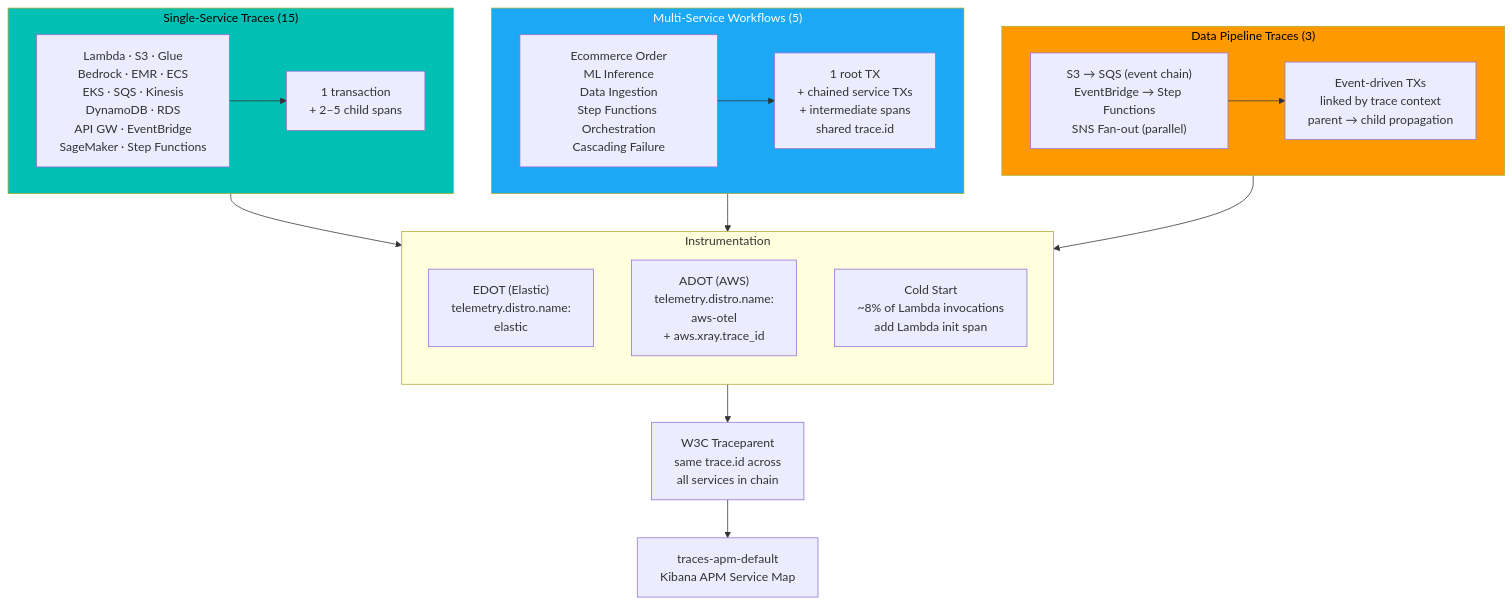
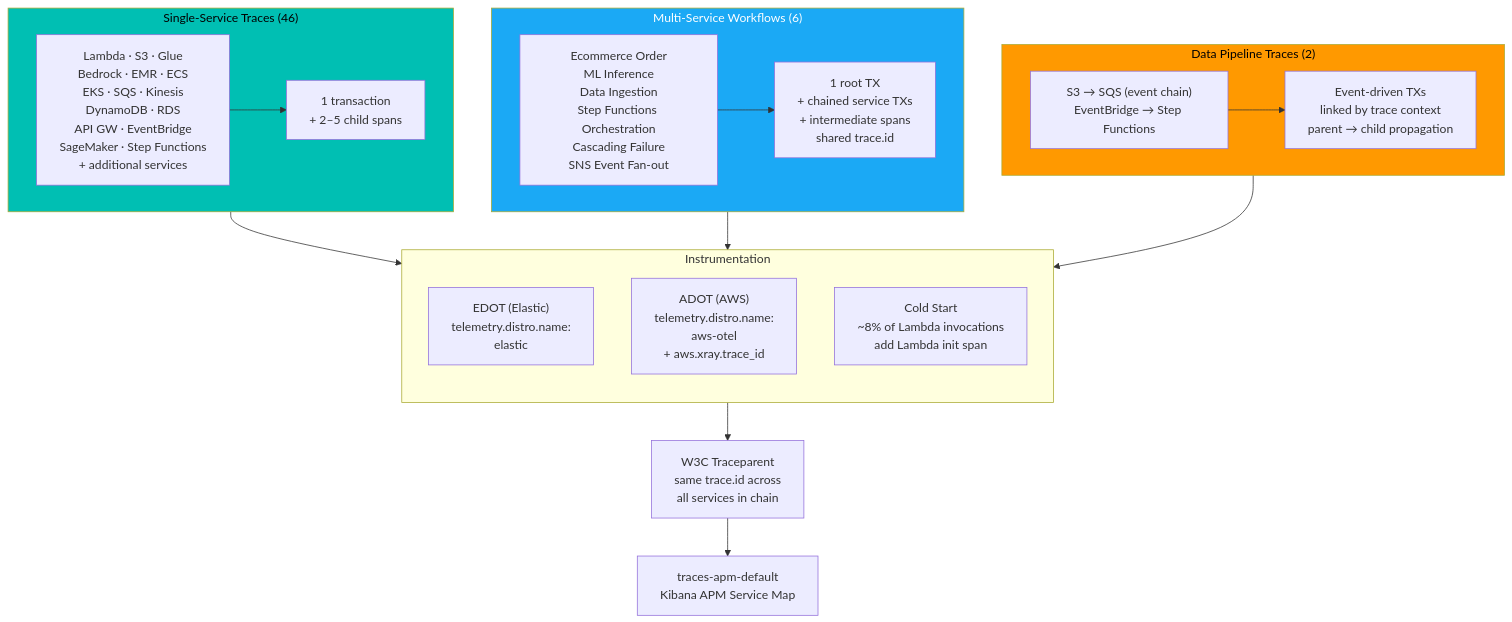
Before and after one commit to rkernutt/cloud-to-elastic-load-generator: the ninth of 14 diagrams in docs/diagrams.md, drawn with Mermaid. The commit also changed other lines of this file and 13 other files, not shown here.

````diff
--- a/docs/diagrams.md
+++ b/docs/diagrams.md
@@ -561,39 +563,39 @@
 ```mermaid
 flowchart TD
-    subgraph SINGLE["Single-Service Traces (15)"]
+    subgraph SINGLE["Single-Service Traces (46)"]
         direction LR
-        SS["Lambda · S3 · Glue\nBedrock · EMR · ECS\nEKS · SQS · Kinesis\nDynamoDB · RDS\nAPI GW · EventBridge\nSageMaker · Step Functions"]
+        SS["Lambda · S3 · Glue\nBedrock · EMR · ECS\nEKS · SQS · Kinesis\nDynamoDB · RDS\nAPI GW · EventBridge\nSageMaker · Step Functions\n+ additional services"]
         SS_OUT["1 transaction\n+ 2–5 child spans"]
         SS --> SS_OUT
     end
 
-    subgraph WORKFLOW["Multi-Service Workflows (5)"]
+    subgraph WORKFLOW["Multi-Service Workflows (6)"]
         direction LR
-        WF_LIST["Ecommerce Order\nML Inference\nData Ingestion\nStep Functions Orchestration\nCascading Failure"]
+        WF_LIST["Ecommerce Order\nML Inference\nData Ingestion\nStep Functions Orchestration\nCascading Failure\nSNS Event Fan-out"]
         WF_OUT["1 root TX\n+ chained service TXs\n+ intermediate spans\nshared trace.id"]
         WF_LIST --> WF_OUT
     end
 
-    subgraph PIPELINE["Data Pipeline Traces (3)"]
+    subgraph PIPELINE["Data Pipeline Traces (2)"]
         direction LR
-        PL_LIST["S3 → SQS (event chain)\nEventBridge → Step Functions\nSNS Fan-out (parallel)"]
+        PL_LIST["S3 → SQS (event chain)\nEventBridge → Step Functions"]
         PL_OUT["Event-driven TXs\nlinked by trace context\nparent → child propagation"]
         PL_LIST --> PL_OUT
     end
 
     SINGLE & WORKFLOW & PIPELINE --> INSTR
 
     subgraph INSTR["Instrumentation"]
         direction TB
         EDOT["EDOT (Elastic)\ntelemetry.distro.name:\nelastic"]
         ADOT["ADOT (AWS)\ntelemetry.distro.name:\naws-otel\n+ aws.xray.trace_id"]
         COLD["Cold Start\n~8% of Lambda invocations\nadd Lambda init span"]
     end
 
     INSTR --> W3C["W3C Traceparent\nsame trace.id across\nall services in chain"]
     W3C --> APM["traces-apm-default\nKibana APM Service Map"]
 
     style SINGLE fill:#00BFB3,color:#000
     style WORKFLOW fill:#1BA9F5,color:#fff
     style PIPELINE fill:#FF9900,color:#000
 ```
````
